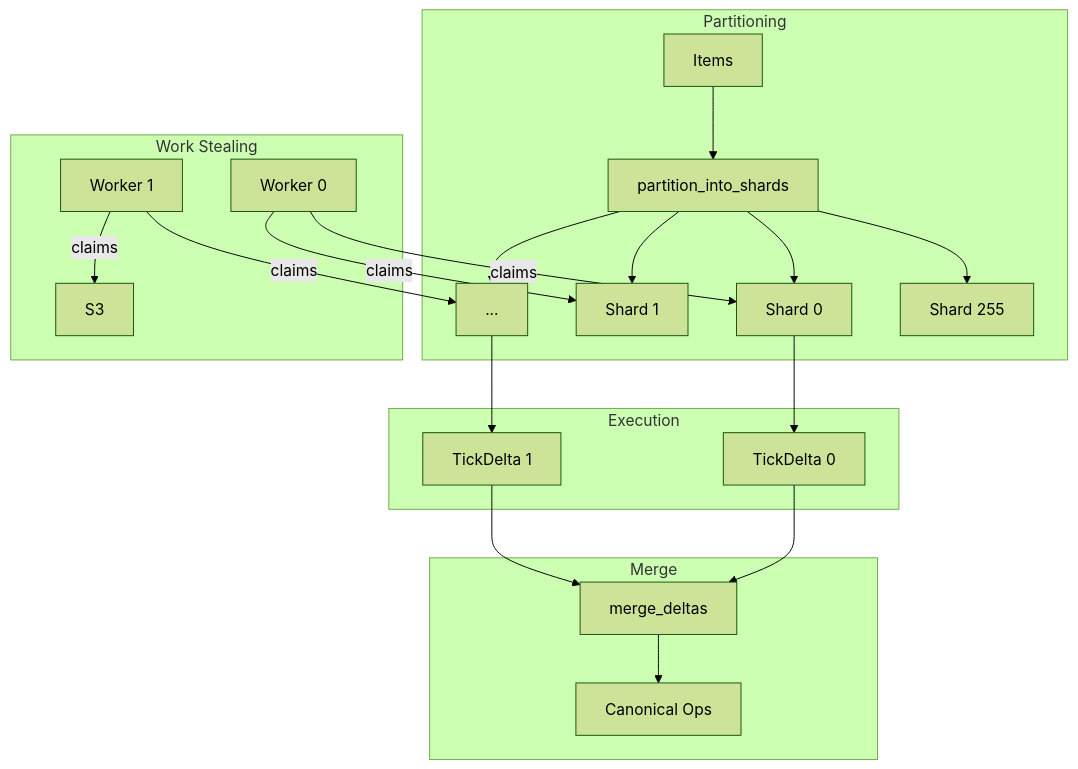
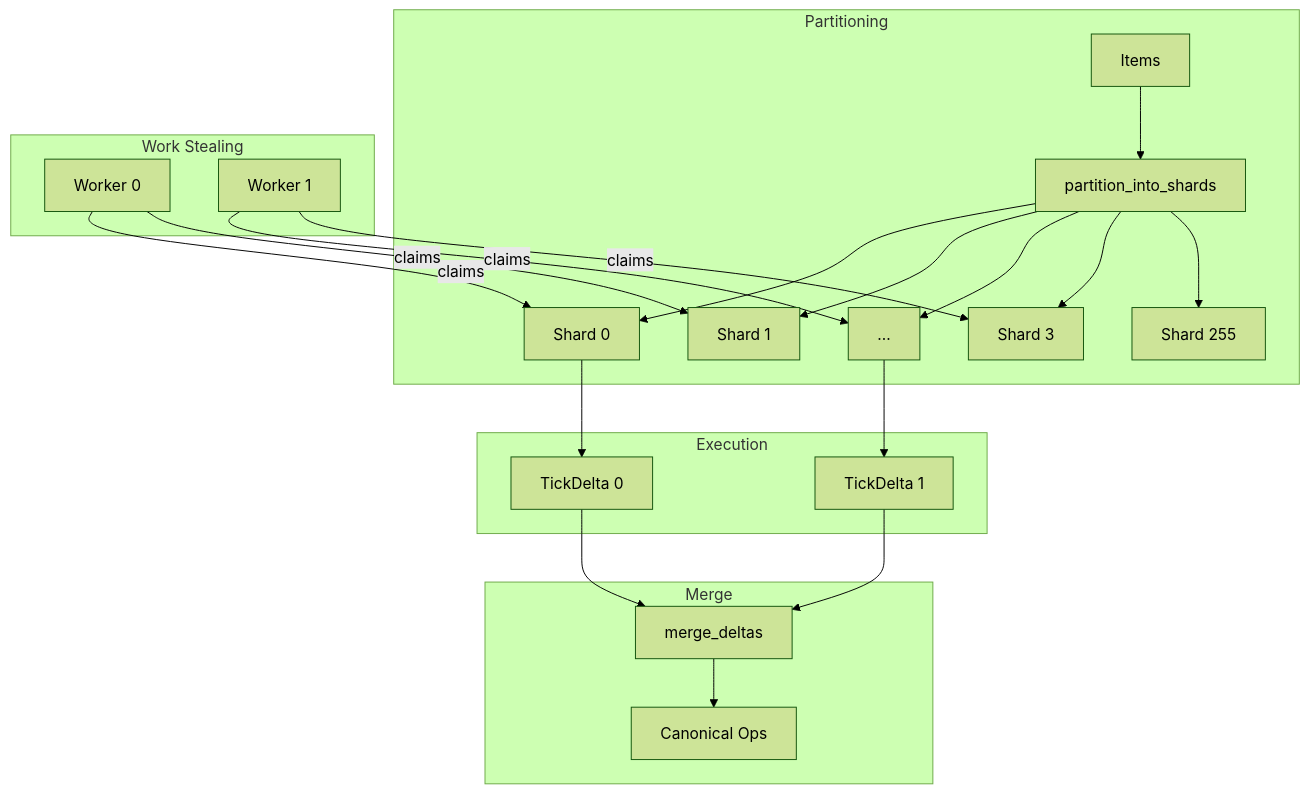
Before and after one commit to flyingrobots/echo: the diagram in docs/study/diagrams/tour-10.mmd, drawn with Mermaid (forest theme). The commit also changed 45 other files, not shown here.

First line of the commit message:
docs: fix Mermaid diagrams and visual atlas references

```diff
--- a/docs/study/diagrams/tour-10.mmd
+++ b/docs/study/diagrams/tour-10.mmd
@@ -1,26 +1,27 @@
 flowchart TD
     subgraph "Partitioning"
         I[Items] --> P[partition_into_shards]
         P --> S0[Shard 0]
         P --> S1[Shard 1]
         P --> S2[...]
+        P --> S3[Shard 3]
         P --> S255[Shard 255]
     end
 
     subgraph "Work Stealing"
         W0[Worker 0] -->|claims| S0
         W0 -->|claims| S1
         W1[Worker 1] -->|claims| S2
         W1 -->|claims| S3
     end
 
     subgraph "Execution"
         S0 --> D0[TickDelta 0]
         S2 --> D1[TickDelta 1]
     end
 
     subgraph "Merge"
         D0 --> M[merge_deltas]
         D1 --> M
         M --> O[Canonical Ops]
     end
```
